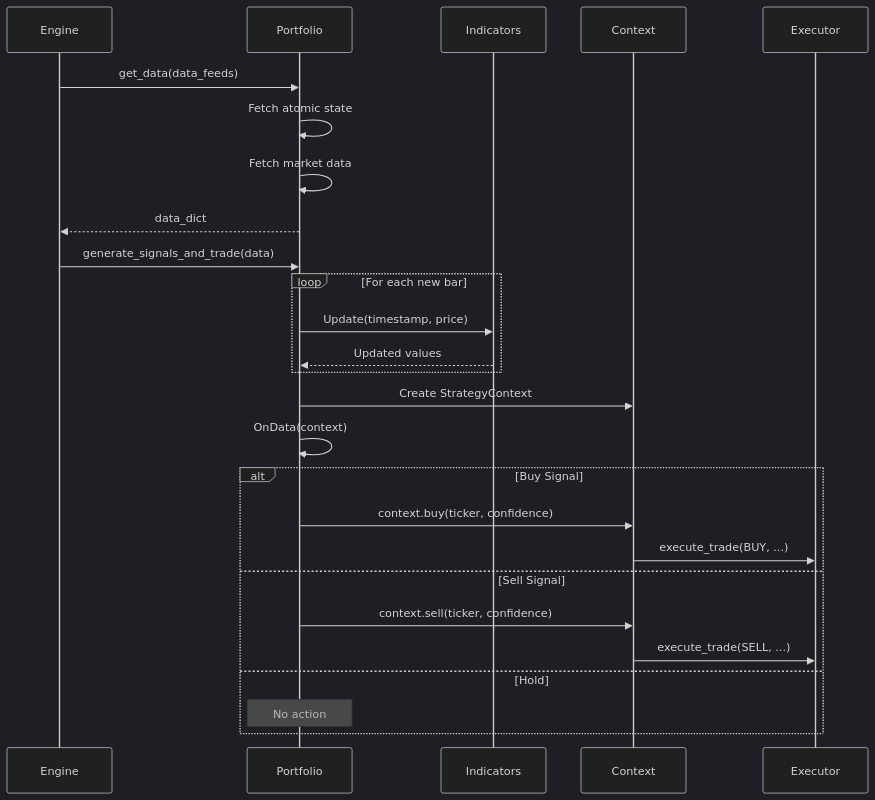
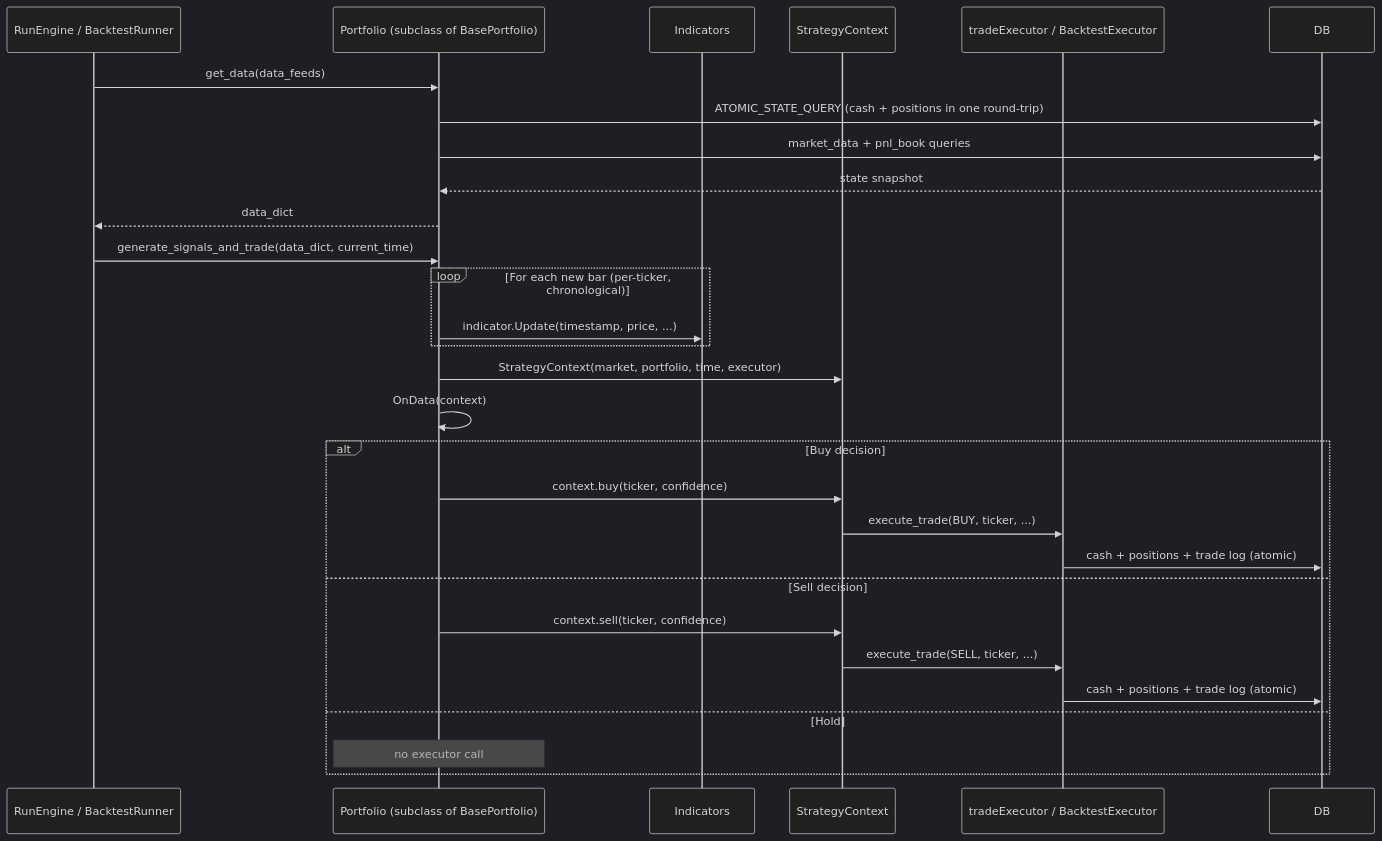
One commit to Animalliketree/MQSMaster changed the second of 4 diagrams in docs/workflows/portfolio-strategy-flow.md. Above: the diagram before and after it, drawn with Mermaid (dark theme). The commit also changed other lines of this file and 7 other files, not shown here.

````diff
--- a/docs/workflows/portfolio-strategy-flow.md
+++ b/docs/workflows/portfolio-strategy-flow.md
@@ -126,33 +68,34 @@
 ```mermaid
 sequenceDiagram
-    participant Engine
-    participant Portfolio
+    participant Engine as RunEngine / BacktestRunner
+    participant Portfolio as Portfolio (subclass of BasePortfolio)
     participant Indicators
-    participant Context
-    participant Executor
+    participant Context as StrategyContext
+    participant Executor as tradeExecutor / BacktestExecutor
+    participant DB
 
     Engine->>Portfolio: get_data(data_feeds)
-    Portfolio->>Portfolio: Fetch atomic state
-    Portfolio->>Portfolio: Fetch market data
+    Portfolio->>DB: ATOMIC_STATE_QUERY (cash + positions in one round-trip)
+    Portfolio->>DB: market_data + pnl_book queries
+    DB-->>Portfolio: state snapshot
     Portfolio-->>Engine: data_dict
 
-    Engine->>Portfolio: generate_signals_and_trade(data)
-    
-    loop For each new bar
-        Portfolio->>Indicators: Update(timestamp, price)
-        Indicators-->>Portfolio: Updated values
+    Engine->>Portfolio: generate_signals_and_trade(data_dict, current_time)
+    loop For each new bar (per-ticker, chronological)
+        Portfolio->>Indicators: indicator.Update(timestamp, price, ...)
     end
+    Portfolio->>Context: StrategyContext(market, portfolio, time, executor)
+    Portfolio->>Portfolio: OnData(context)
 
-    Portfolio->>Context: Create StrategyContext
-    Portfolio->>Portfolio: OnData(context)
-    
-    alt Buy Signal
+    alt Buy decision
         Portfolio->>Context: context.buy(ticker, confidence)
-        Context->>Executor: execute_trade(BUY, ...)
-    else Sell Signal
+        Context->>Executor: execute_trade(BUY, ticker, ...)
+        Executor->>DB: cash + positions + trade log (atomic)
+    else Sell decision
         Portfolio->>Context: context.sell(ticker, confidence)
-        Context->>Executor: execute_trade(SELL, ...)
+        Context->>Executor: execute_trade(SELL, ticker, ...)
+        Executor->>DB: cash + positions + trade log (atomic)
     else Hold
-        Note over Portfolio: No action
+        Note over Portfolio: no executor call
     end
 ```
````
